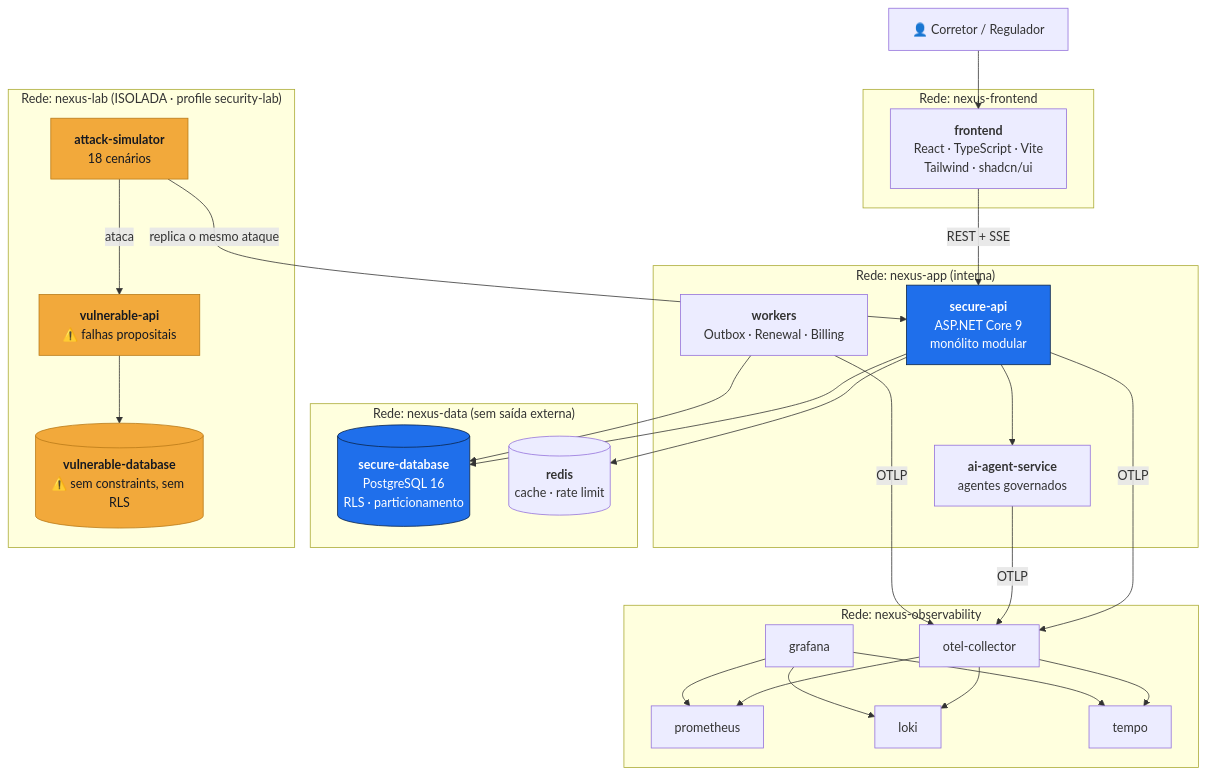
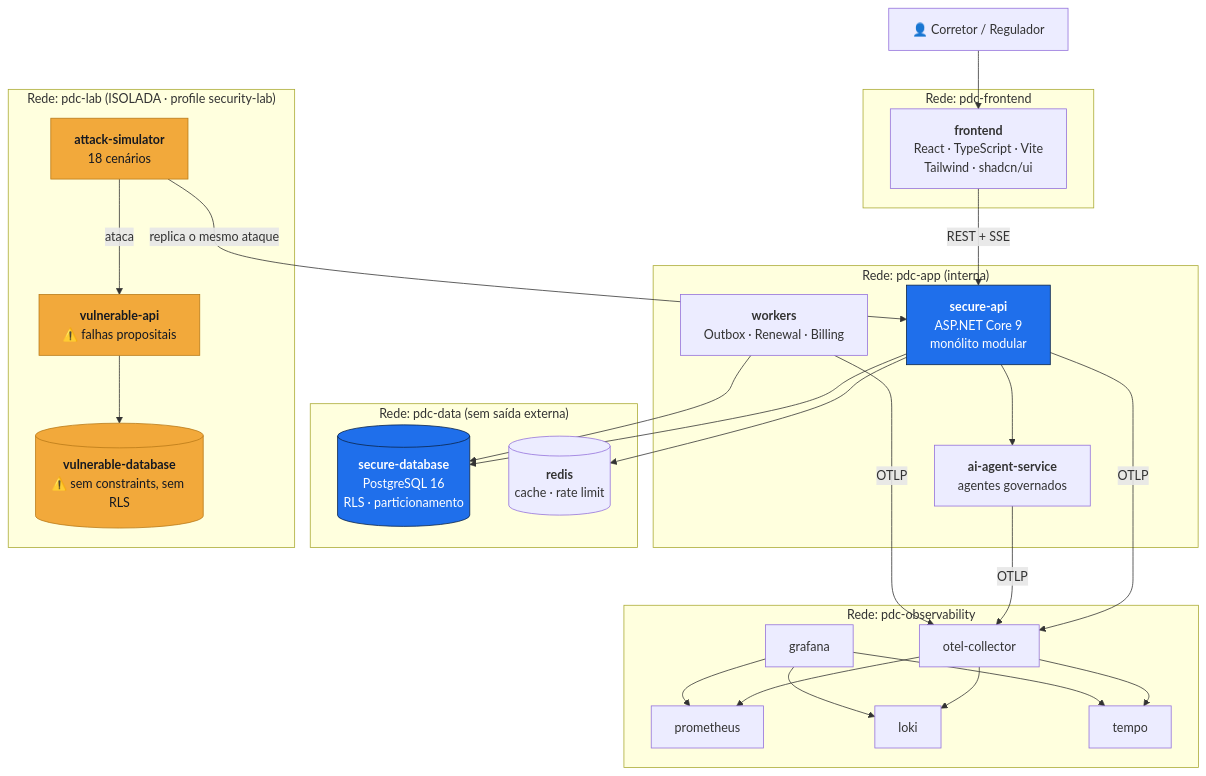
One commit to volksec/0009098 changed the third of 5 diagrams in docs/architecture/overview.md. Above: the diagram before and after it, drawn with Mermaid. The commit also changed other lines of this file and 37 other files, not shown here.

````diff
--- a/docs/architecture/overview.md
+++ b/docs/architecture/overview.md
@@ -89,50 +89,50 @@
 ```mermaid
 graph TB
     U["👤 Corretor / Regulador"]
 
-    subgraph Rede_publica["Rede: nexus-frontend"]
+    subgraph Rede_publica["Rede: pdc-frontend"]
         FE["<b>frontend</b><br/>React · TypeScript · Vite<br/>Tailwind · shadcn/ui"]
     end
 
-    subgraph Rede_app["Rede: nexus-app (interna)"]
+    subgraph Rede_app["Rede: pdc-app (interna)"]
         API["<b>secure-api</b><br/>ASP.NET Core 9<br/>monólito modular"]
         AI["<b>ai-agent-service</b><br/>agentes governados"]
         WRK["<b>workers</b><br/>Outbox · Renewal · Billing"]
     end
 
-    subgraph Rede_dados["Rede: nexus-data (sem saída externa)"]
+    subgraph Rede_dados["Rede: pdc-data (sem saída externa)"]
         PG[("<b>secure-database</b><br/>PostgreSQL 16<br/>RLS · particionamento")]
         RD[("<b>redis</b><br/>cache · rate limit")]
     end
 
-    subgraph Rede_lab["Rede: nexus-lab (ISOLADA · profile security-lab)"]
+    subgraph Rede_lab["Rede: pdc-lab (ISOLADA · profile security-lab)"]
         VAPI["<b>vulnerable-api</b><br/>⚠️ falhas propositais"]
         VPG[("<b>vulnerable-database</b><br/>⚠️ sem constraints, sem RLS")]
         ATK["<b>attack-simulator</b><br/>18 cenários"]
     end
 
-    subgraph Rede_obs["Rede: nexus-observability"]
+    subgraph Rede_obs["Rede: pdc-observability"]
         OTEL["otel-collector"]
         PROM["prometheus"]
         GRAF["grafana"]
         LOKI["loki"]
         TEMPO["tempo"]
     end
 
     U --> FE
     FE -->|"REST + SSE"| API
     API --> PG & RD
     API --> AI
     WRK --> PG
     API & AI & WRK -->|OTLP| OTEL
     OTEL --> PROM & LOKI & TEMPO
     GRAF --> PROM & LOKI & TEMPO
     ATK -->|"ataca"| VAPI
     ATK -->|"replica o mesmo ataque"| API
     VAPI --> VPG
 
     classDef lab fill:#F2A93B,stroke:#B87A18,color:#141821
     classDef sec fill:#1F6FEB,stroke:#0B2447,color:#fff
     class VAPI,VPG,ATK lab
     class API,PG sec
 ```
````
